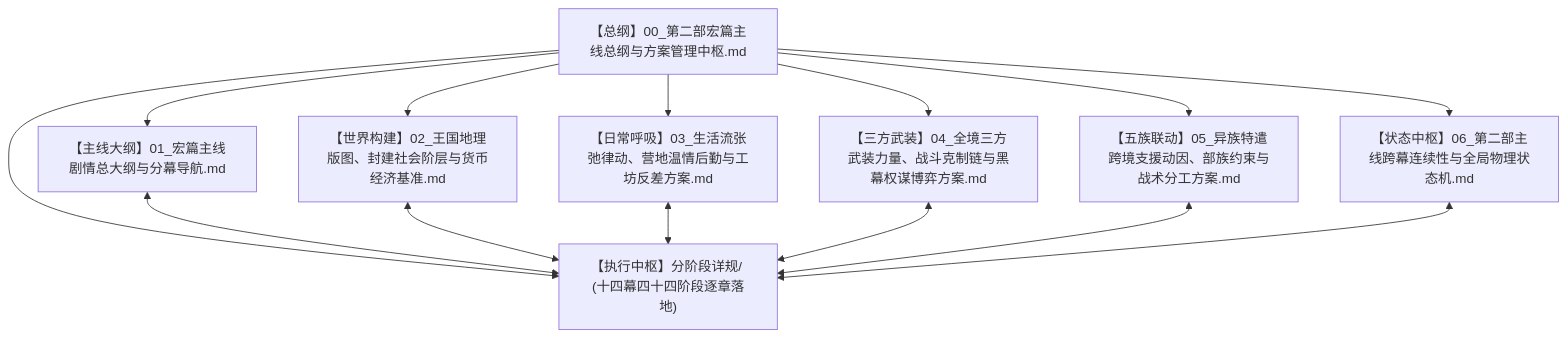
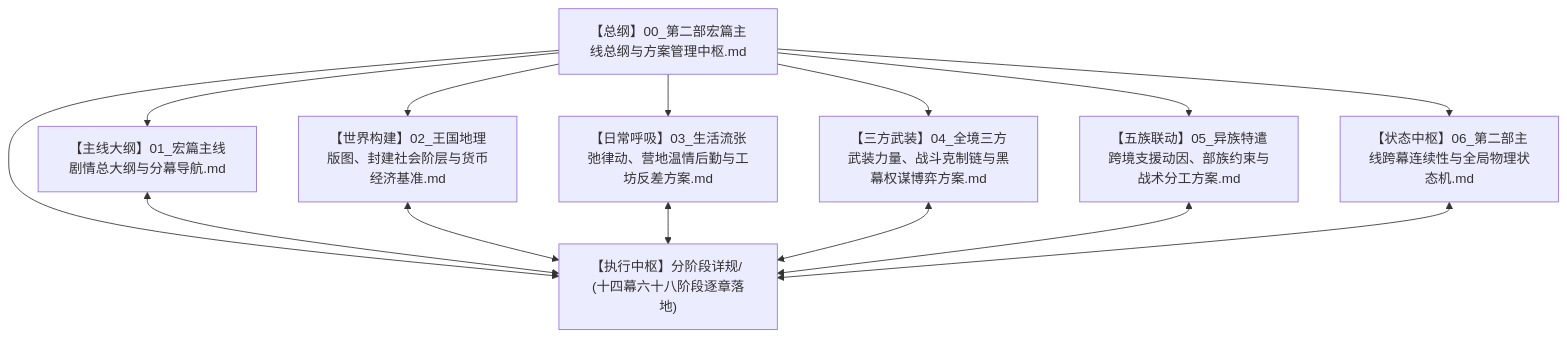
The first of 5 diagrams in 方案/第二部/主线与世界扩充方案/00_第二部宏篇主线总纲与方案管理中枢.md (soranokiseki1437/eldoria-worldbook), drawn with Mermaid before and after one commit. The commit also changed other lines of this file and 111 other files, not shown here.

````diff
--- a/方案/第二部/主线与世界扩充方案/00_第二部宏篇主线总纲与方案管理中枢.md
+++ b/方案/第二部/主线与世界扩充方案/00_第二部宏篇主线总纲与方案管理中枢.md
@@ -13,28 +13,28 @@
 ```mermaid
 graph TD
     Root["【总纲】00_第二部宏篇主线总纲与方案管理中枢.md"]
     
     Sub1["【主线大纲】01_宏篇主线剧情总大纲与分幕导航.md"]
     Sub2["【世界构建】02_王国地理版图、封建社会阶层与货币经济基准.md"]
     Sub3["【日常呼吸】03_生活流张弛律动、营地温情后勤与工坊反差方案.md"]
     Sub4["【三方武装】04_全境三方武装力量、战斗克制链与黑幕权谋博弈方案.md"]
     Sub5["【五族联动】05_异族特遣跨境支援动因、部族约束与战术分工方案.md"]
     Sub6["【状态中枢】06_第二部主线跨幕连续性与全局物理状态机.md"]
     
-    Stages["【执行中枢】分阶段详规/ (十四幕四十四阶段逐章落地)"]
+    Stages["【执行中枢】分阶段详规/ (十四幕六十八阶段逐章落地)"]
 
     Root --> Sub1
     Root --> Sub2
     Root --> Sub3
     Root --> Sub4
     Root --> Sub5
     Root --> Sub6
     Root --> Stages
 
     Sub1 <--> Stages
     Sub2 <--> Stages
     Sub3 <--> Stages
     Sub4 <--> Stages
     Sub5 <--> Stages
     Sub6 <--> Stages
 ```
````
